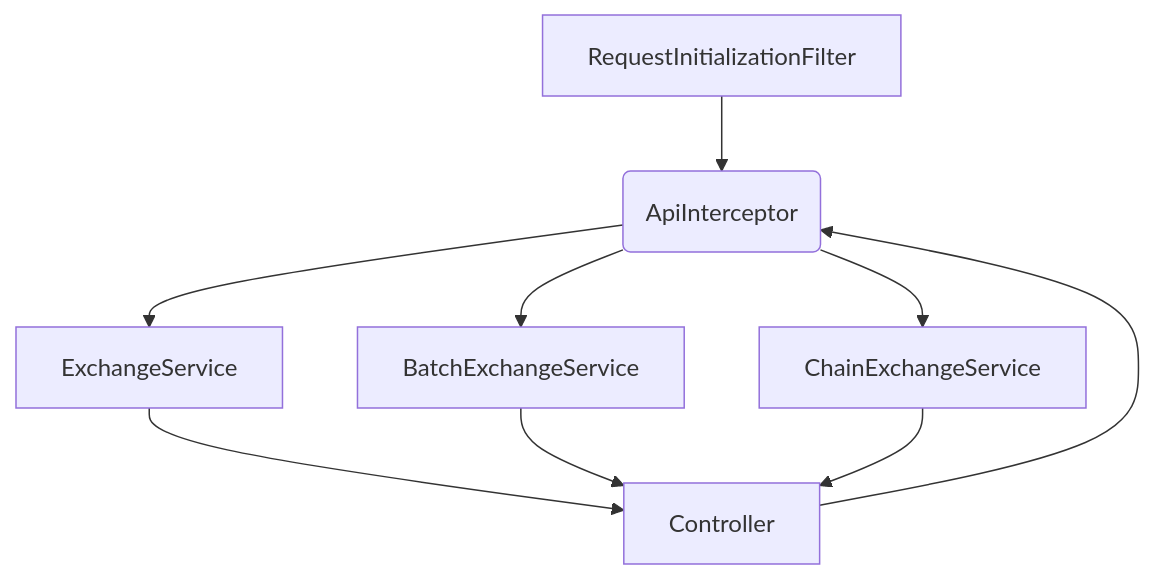
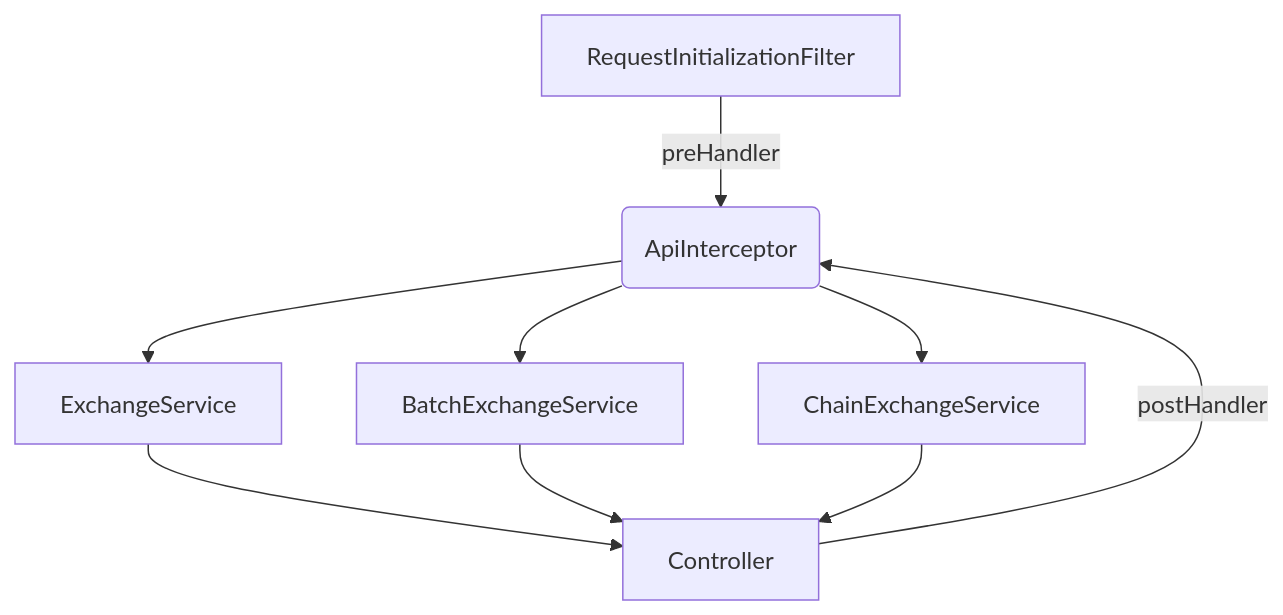
One commit to Beapi-io/spring-boot-starter-beapi changed the diagram in README.md. Above: the diagram before and after it, drawn with Mermaid.

````diff
--- a/README.md
+++ b/README.md
@@ -101,11 +101,11 @@
 ```mermaid
 flowchart TD
-    A[RequestInitializationFilter] --> B(ApiInterceptor)
+    A[RequestInitializationFilter] --> |preHandler| B(ApiInterceptor)
     B --> C[ExchangeService] 
     B --> D[BatchExchangeService] 
     B --> E[ChainExchangeService] 
     C --> F[Controller]
     D --> F[Controller]
     E --> F[Controller]
-    F --> B
+    F --> |postHandler| B
 ```
````
